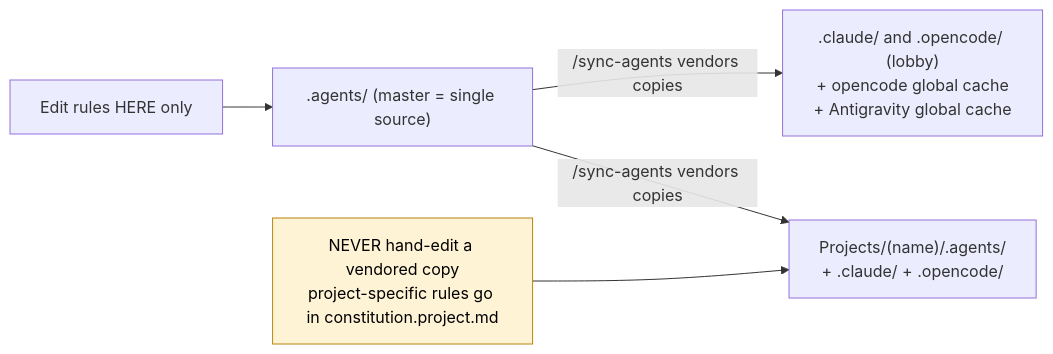
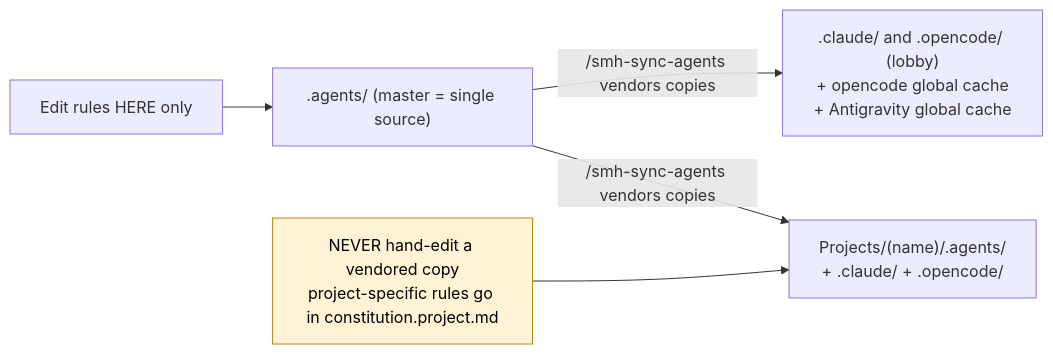
The sixth of 6 diagrams in _my_resources/diagrams_guides/system/file_folder_structure+maintaining.md (sudomadhatter/Sudo_Hatter_Command), drawn with Mermaid before and after one commit. The commit also changed other lines of this file and 402 other files, not shown here.

````diff
--- a/_my_resources/diagrams_guides/system/file_folder_structure+maintaining.md
+++ b/_my_resources/diagrams_guides/system/file_folder_structure+maintaining.md
@@ -250,10 +250,10 @@
 ```mermaid
 flowchart LR
     EDIT["Edit rules HERE only"] --> SRC[".agents/ (master = single source)"]
-    SRC -->|"/sync-agents vendors copies"| LOBBY[".claude/ and .opencode/ (lobby)\n+ opencode global cache\n+ Antigravity global cache"]
-    SRC -->|"/sync-agents vendors copies"| PROJ["Projects/(name)/.agents/\n+ .claude/ + .opencode/"]
+    SRC -->|"/smh-sync-agents vendors copies"| LOBBY[".claude/ and .opencode/ (lobby)\n+ opencode global cache\n+ Antigravity global cache"]
+    SRC -->|"/smh-sync-agents vendors copies"| PROJ["Projects/(name)/.agents/\n+ .claude/ + .opencode/"]
     NEVER["NEVER hand-edit a vendored copy\nproject-specific rules go in constitution.project.md"] --> PROJ
 
     classDef warn fill:#fff3d6,stroke:#b8860b,color:#000
     class NEVER warn
 ```
````
